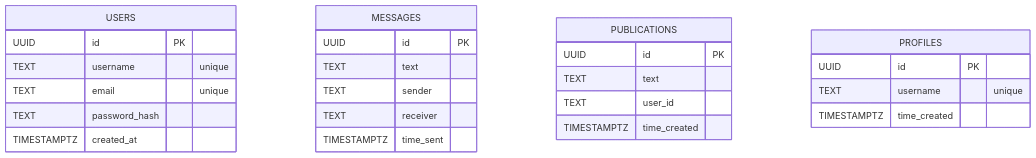
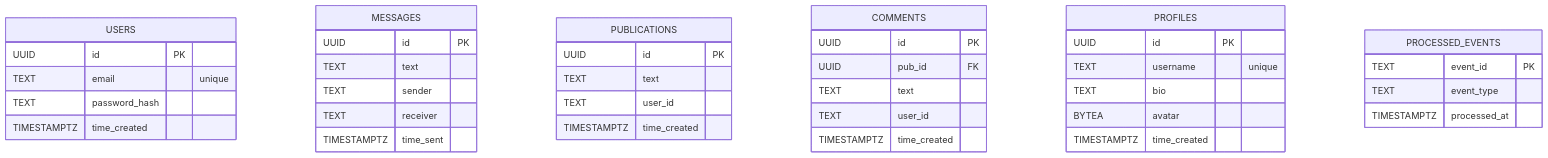
The fifth of 5 diagrams in README.md (abeb021/wave-connect), drawn with Mermaid before and after one commit. The commit also changed other lines of this file and 1 other file, not shown here.

Commit message:
recent architecture changes updated docs

````diff
--- a/README.md
+++ b/README.md
@@ -208,31 +247,46 @@
 ```mermaid
 erDiagram
   USERS {
     UUID id PK
-    TEXT username "unique"
     TEXT email "unique"
     TEXT password_hash
-    TIMESTAMPTZ created_at
+    TIMESTAMPTZ time_created
   }
 
   MESSAGES {
     UUID id PK
     TEXT text
     TEXT sender
     TEXT receiver
     TIMESTAMPTZ time_sent
   }
 
   PUBLICATIONS {
     UUID id PK
     TEXT text
     TEXT user_id
     TIMESTAMPTZ time_created
   }
 
+  COMMENTS {
+    UUID id PK
+    UUID pub_id FK
+    TEXT text
+    TEXT user_id
+    TIMESTAMPTZ time_created
+  }
+
   PROFILES {
     UUID id PK
     TEXT username "unique"
+    TEXT bio
+    BYTEA avatar
     TIMESTAMPTZ time_created
   }
+
+  PROCESSED_EVENTS {
+    TEXT event_id PK
+    TEXT event_type
+    TIMESTAMPTZ processed_at
+  }
 ```
````
